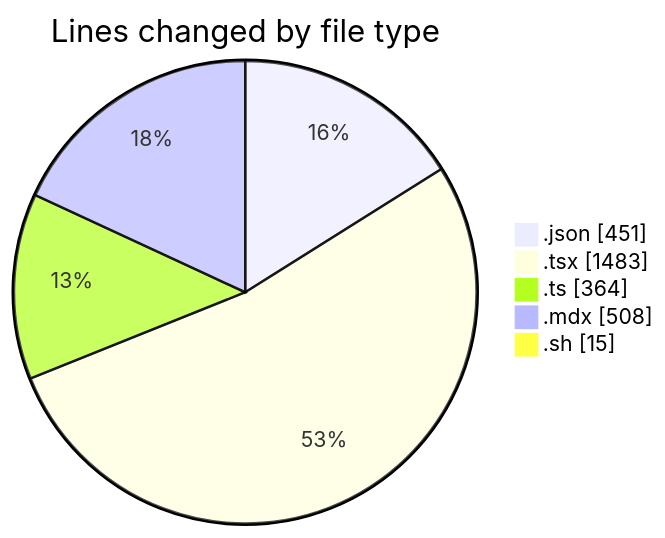
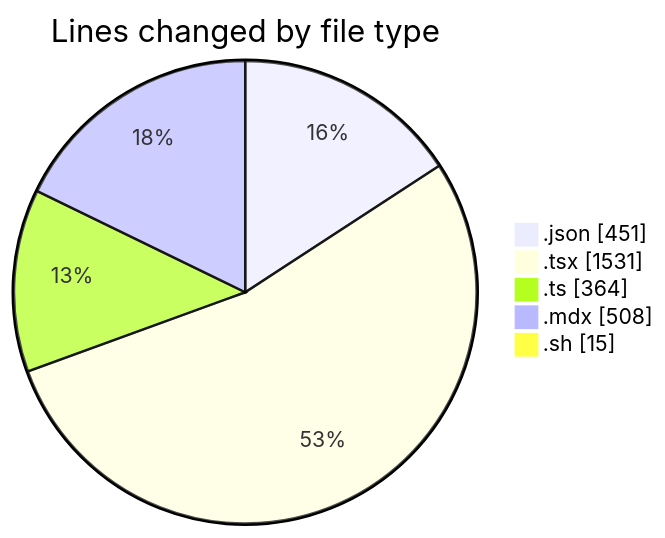
The first of 2 diagrams in 2025-05-01/niten/README.md (Elitesun/code-tracking), drawn with Mermaid before and after one commit. The commit also changed other lines of this file and 1 other file, not shown here.

````diff
--- a/2025-05-01/niten/README.md
+++ b/2025-05-01/niten/README.md
@@ -50,9 +50,9 @@
 ```mermaid
 pie showData
 title Lines changed by file type
 ".json" : 451
-".tsx" : 1483
+".tsx" : 1531
 ".ts" : 364
 ".mdx" : 508
 ".sh" : 15
 ```
````
